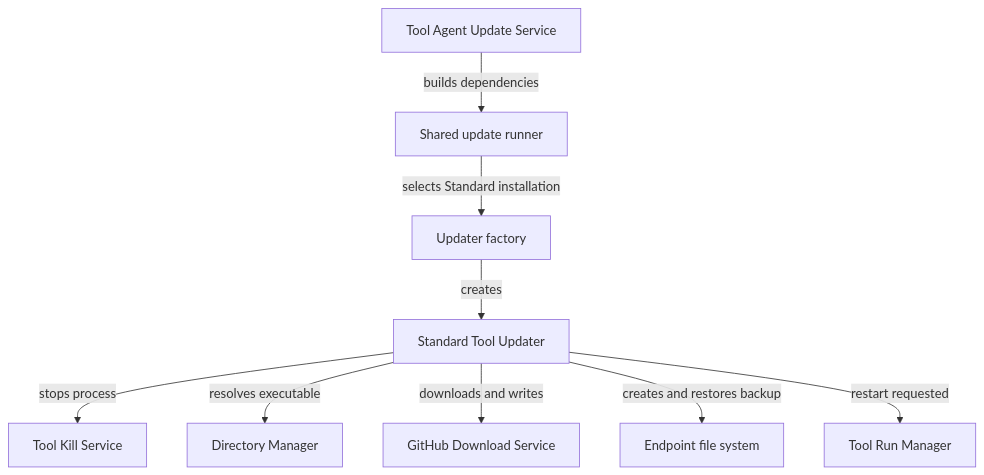
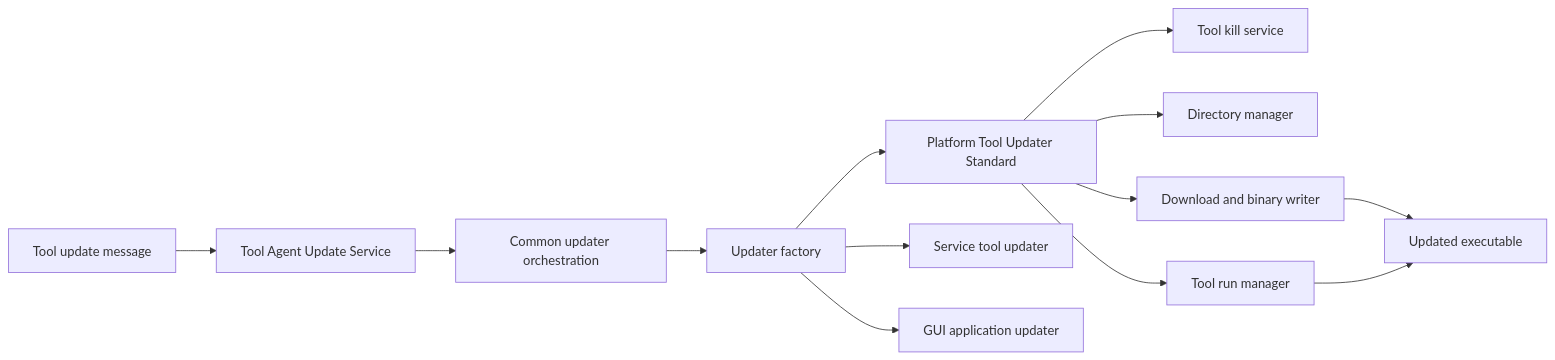
The first of 4 diagrams in docs/reference/architecture/openframe-client-core/platform-tool-updater-standard/platform-tool-updater-standard.md (flamingo-stack/openframe-oss-tenant), drawn with Mermaid before and after one commit. The commit also changed other lines of this file and 2377 other files, not shown here.

````diff
--- a/docs/reference/architecture/openframe-client-core/platform-tool-updater-standard/platform-tool-updater-standard.md
+++ b/docs/reference/architecture/openframe-client-core/platform-tool-updater-standard/platform-tool-updater-standard.md
@@ -22,11 +25,15 @@
 ```mermaid
-flowchart TD
-    UpdateService["Tool Agent Update Service"] -->|"builds dependencies"| UpdateRunner["Shared update runner"]
-    UpdateRunner -->|"selects Standard installation"| Factory["Updater factory"]
-    Factory -->|"creates"| StandardUpdater["Standard Tool Updater"]
-    StandardUpdater -->|"stops process"| KillService["Tool Kill Service"]
-    StandardUpdater -->|"resolves executable"| DirectoryManager["Directory Manager"]
-    StandardUpdater -->|"downloads and writes"| DownloadService["GitHub Download Service"]
-    StandardUpdater -->|"creates and restores backup"| FileSystem["Endpoint file system"]
-    StandardUpdater -->|"restart requested"| RunManager["Tool Run Manager"]
+flowchart LR
+    UpdateMessage["Tool update message"] --> UpdateService["Tool Agent Update Service"]
+    UpdateService --> Orchestrator["Common updater orchestration"]
+    Orchestrator --> Factory["Updater factory"]
+    Factory --> StandardUpdater["Platform Tool Updater Standard"]
+    Factory --> ServiceUpdater["Service tool updater"]
+    Factory --> GuiUpdater["GUI application updater"]
+    StandardUpdater --> KillService["Tool kill service"]
+    StandardUpdater --> DirectoryManager["Directory manager"]
+    StandardUpdater --> DownloadService["Download and binary writer"]
+    StandardUpdater --> RunManager["Tool run manager"]
+    DownloadService --> Executable["Updated executable"]
+    RunManager --> Executable
 ```
````
